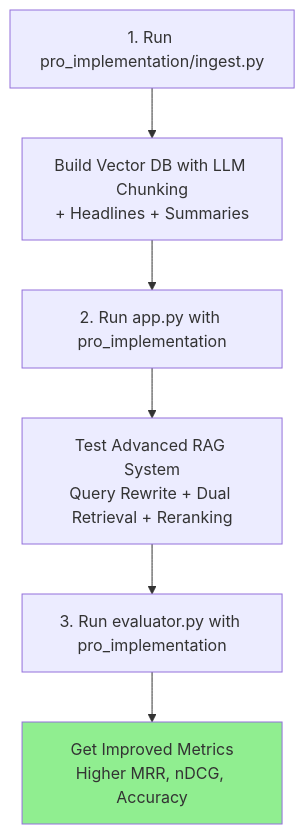
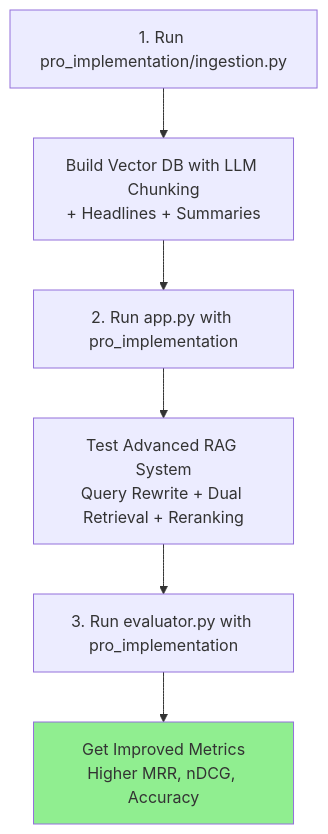
One commit to aditya-caltechie/ai-rag changed the second of 2 diagrams in README.md. Above: the diagram before and after it, drawn with Mermaid. The commit also changed other lines of this file and 20 other files, not shown here.

````diff
--- a/README.md
+++ b/README.md
@@ -36,10 +36,10 @@
 ```mermaid
 graph TD
-    A[1. Run pro_implementation/ingest.py] --> B[Build Vector DB with LLM Chunking<br/>+ Headlines + Summaries]
+    A[1. Run pro_implementation/ingestion.py] --> B[Build Vector DB with LLM Chunking<br/>+ Headlines + Summaries]
     B --> C[2. Run app.py with pro_implementation]
     C --> D[Test Advanced RAG System<br/>Query Rewrite + Dual Retrieval + Reranking]
     D --> E[3. Run evaluator.py with pro_implementation]
     E --> F[Get Improved Metrics<br/>Higher MRR, nDCG, Accuracy]
     
     style F fill:#90ee90
 ```
````
